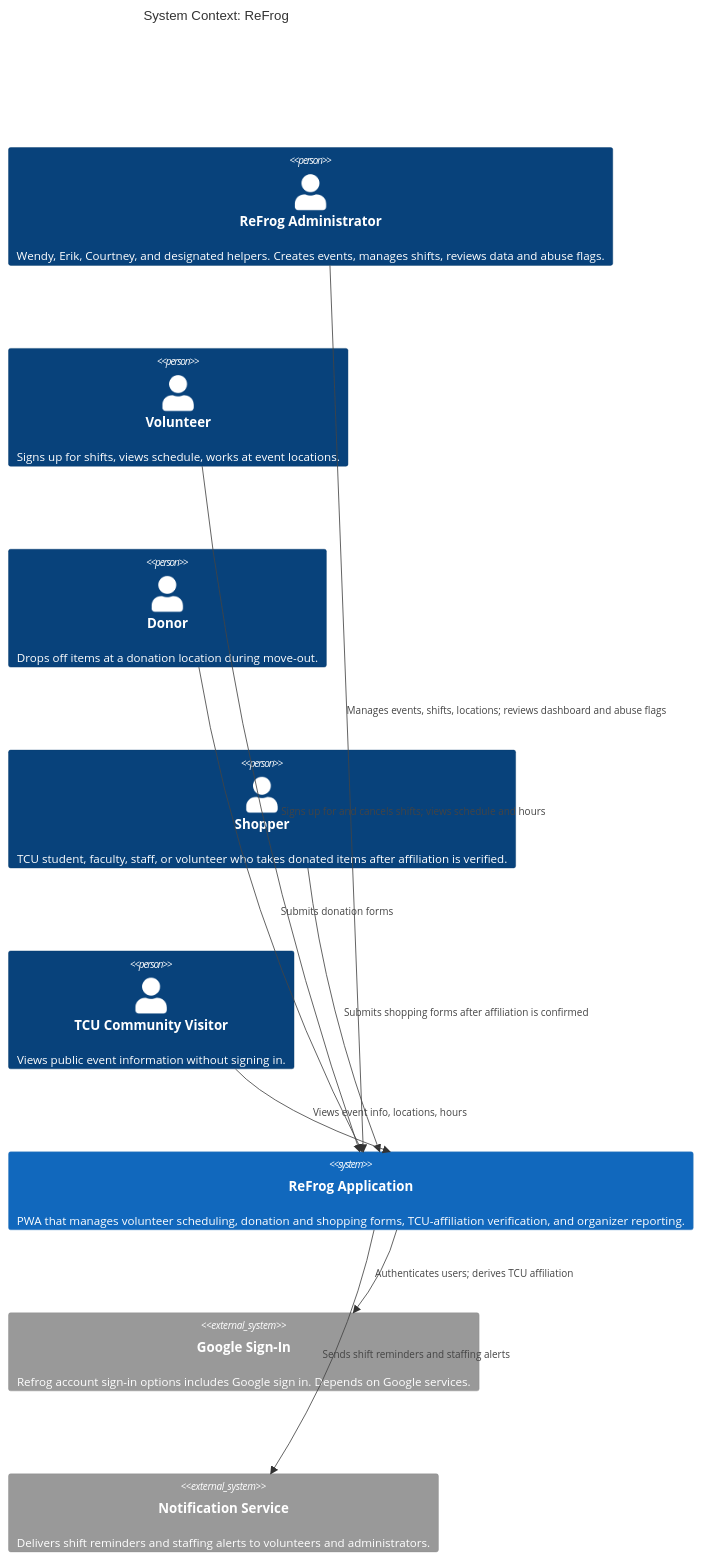
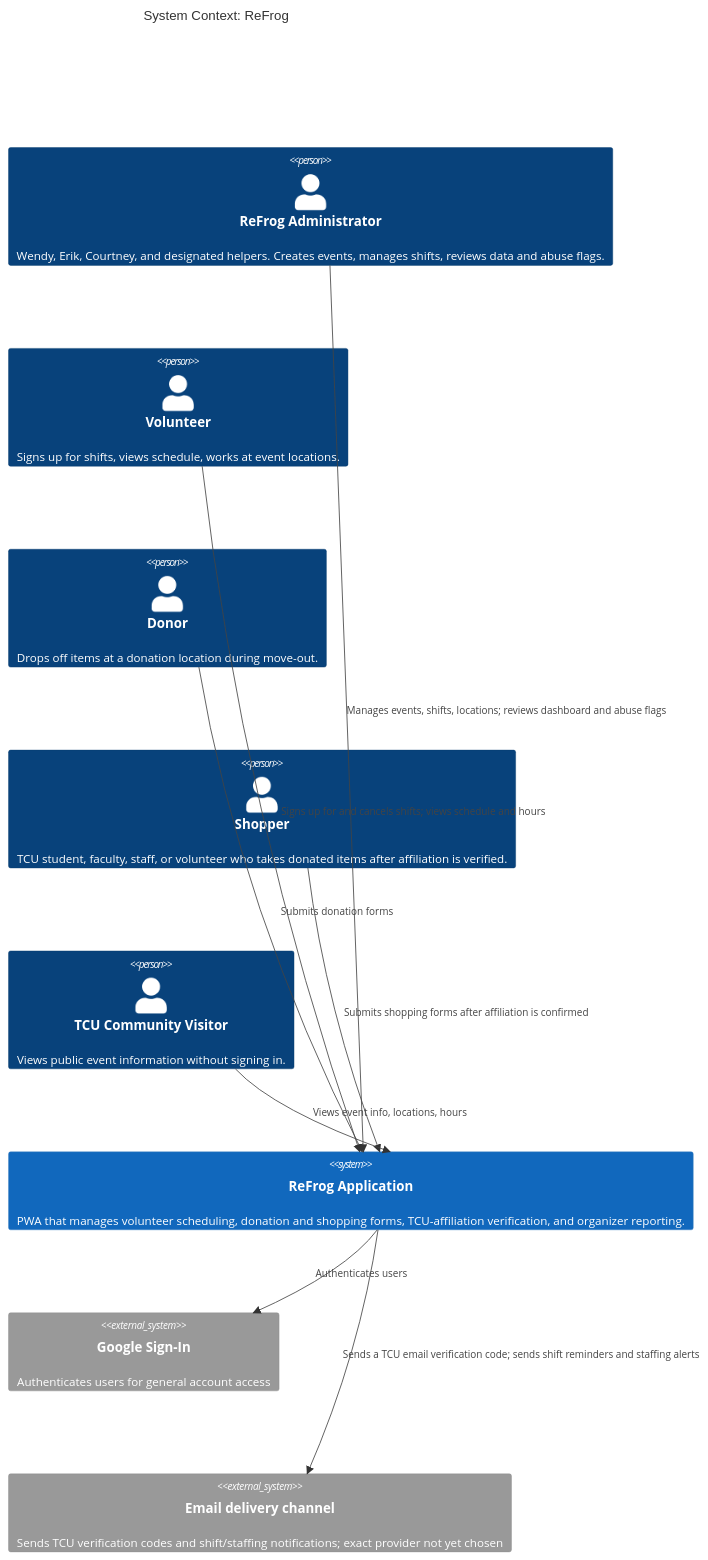
The first of 3 diagrams in docs/design/architectural-design.md (evelyntrann/cosc-40943-team-3-refrog), drawn with Mermaid before and after one commit. The commit also changed other lines of this file and 2 other files, not shown here.

Commit message:
Fix §3 context diagram: TCU-affiliation mechanism and naming (#42)

````diff
--- a/docs/design/architectural-design.md
+++ b/docs/design/architectural-design.md
@@ -106,23 +106,23 @@
 ```mermaid
 C4Context
     title System Context: ReFrog
 
     Person(admin, "ReFrog Administrator", "Wendy, Erik, Courtney, and designated helpers. Creates events, manages shifts, reviews data and abuse flags.")
     Person(volunteer, "Volunteer", "Signs up for shifts, views schedule, works at event locations.")
     Person(donor, "Donor", "Drops off items at a donation location during move-out.")
     Person(shopper, "Shopper", "TCU student, faculty, staff, or volunteer who takes donated items after affiliation is verified.")
     Person(visitor, "TCU Community Visitor", "Views public event information without signing in.")
 
     System(refrog, "ReFrog Application", "PWA that manages volunteer scheduling, donation and shopping forms, TCU-affiliation verification, and organizer reporting.")
 
-    System_Ext(authprovider, "Google Sign-In", "Refrog account sign-in options includes Google sign in. Depends on Google services.")
-    System_Ext(notification, "Notification Service", "Delivers shift reminders and staffing alerts to volunteers and administrators.")
+    System_Ext(authprovider, "Google Sign-In", "Authenticates users for general account access")
+    System_Ext(notification, "Email delivery channel", "Sends TCU verification codes and shift/staffing notifications; exact provider not yet chosen")
 
     Rel(admin, refrog, "Manages events, shifts, locations; reviews dashboard and abuse flags")
     Rel(volunteer, refrog, "Signs up for and cancels shifts; views schedule and hours")
     Rel(donor, refrog, "Submits donation forms")
     Rel(shopper, refrog, "Submits shopping forms after affiliation is confirmed")
     Rel(visitor, refrog, "Views event info, locations, hours")
-    Rel(refrog, authprovider, "Authenticates users; derives TCU affiliation")
-    Rel(refrog, notification, "Sends shift reminders and staffing alerts")
+    Rel(refrog, authprovider, "Authenticates users")
+    Rel(refrog, notification, "Sends a TCU email verification code; sends shift reminders and staffing alerts")
 ```
````
